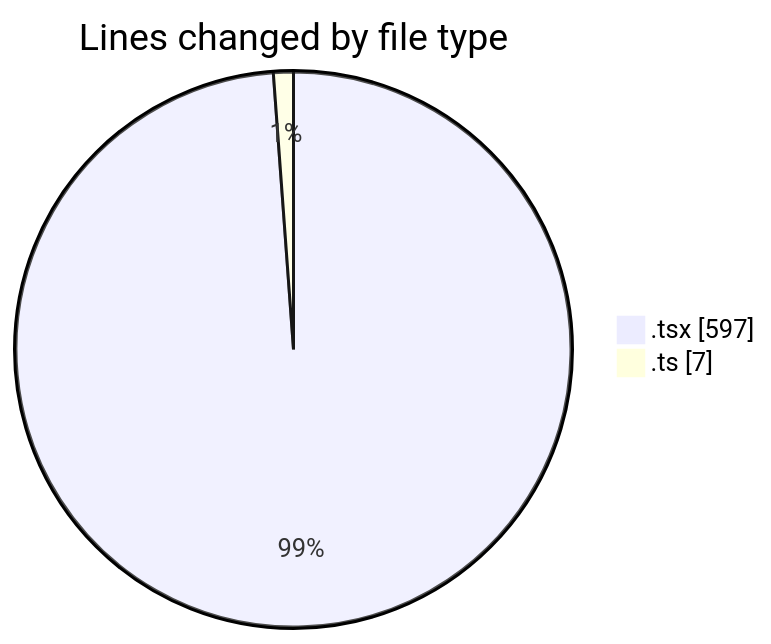
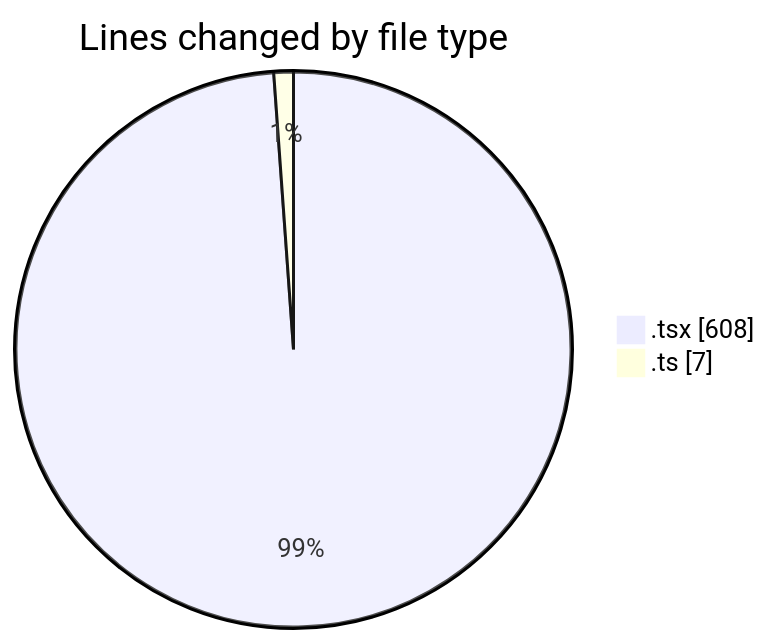
The first of 2 diagrams in 2025-01-29/audiobooks-web/README.md (robertbonfada/code-tracking), drawn with Mermaid before and after one commit. The commit also changed other lines of this file and 1 other file, not shown here.

````diff
--- a/2025-01-29/audiobooks-web/README.md
+++ b/2025-01-29/audiobooks-web/README.md
@@ -24,6 +24,6 @@
 ```mermaid
 pie showData
 title Lines changed by file type
-".tsx" : 597
+".tsx" : 608
 ".ts" : 7
 ```
````
